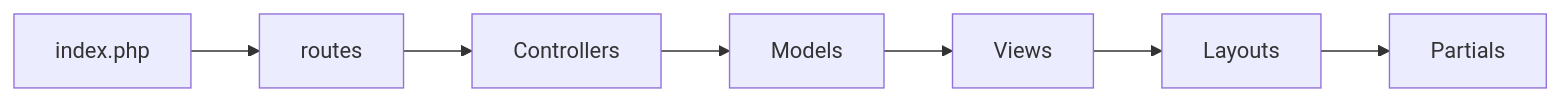
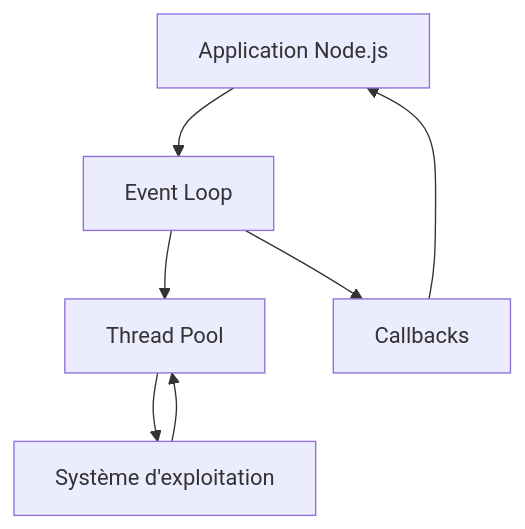
Before and after one commit to JSurquin/formation-angular: the first of 2 diagrams in slides.md, drawn with Mermaid. The commit also changed other lines of this file, not shown here.

````diff
--- a/slides.md
+++ b/slides.md
@@ -783,9 +744,9 @@
 ```mermaid
-graph LR
-    A[index.php] --> B[routes]
-    B --> C[Controllers]
-    C --> D[Models]
-    D --> E[Views]
-    E --> F[Layouts]
-    F --> G[Partials]
+graph TD
+    A[Application Node.js] --> B[Event Loop]
+    B --> C[Thread Pool]
+    C --> D[Système d'exploitation]
+    B --> E[Callbacks]
+    E --> A
+    D --> C
 ```
````
